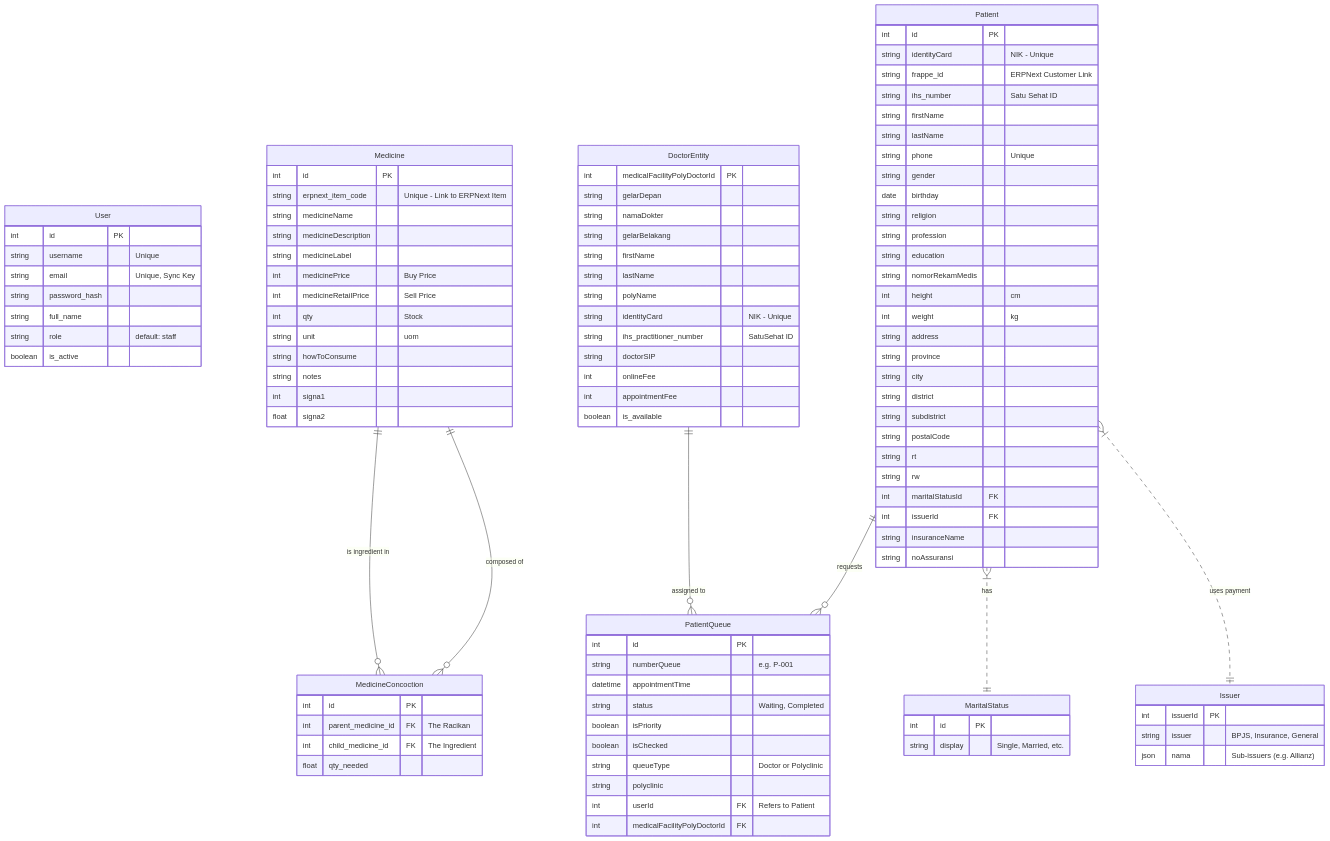
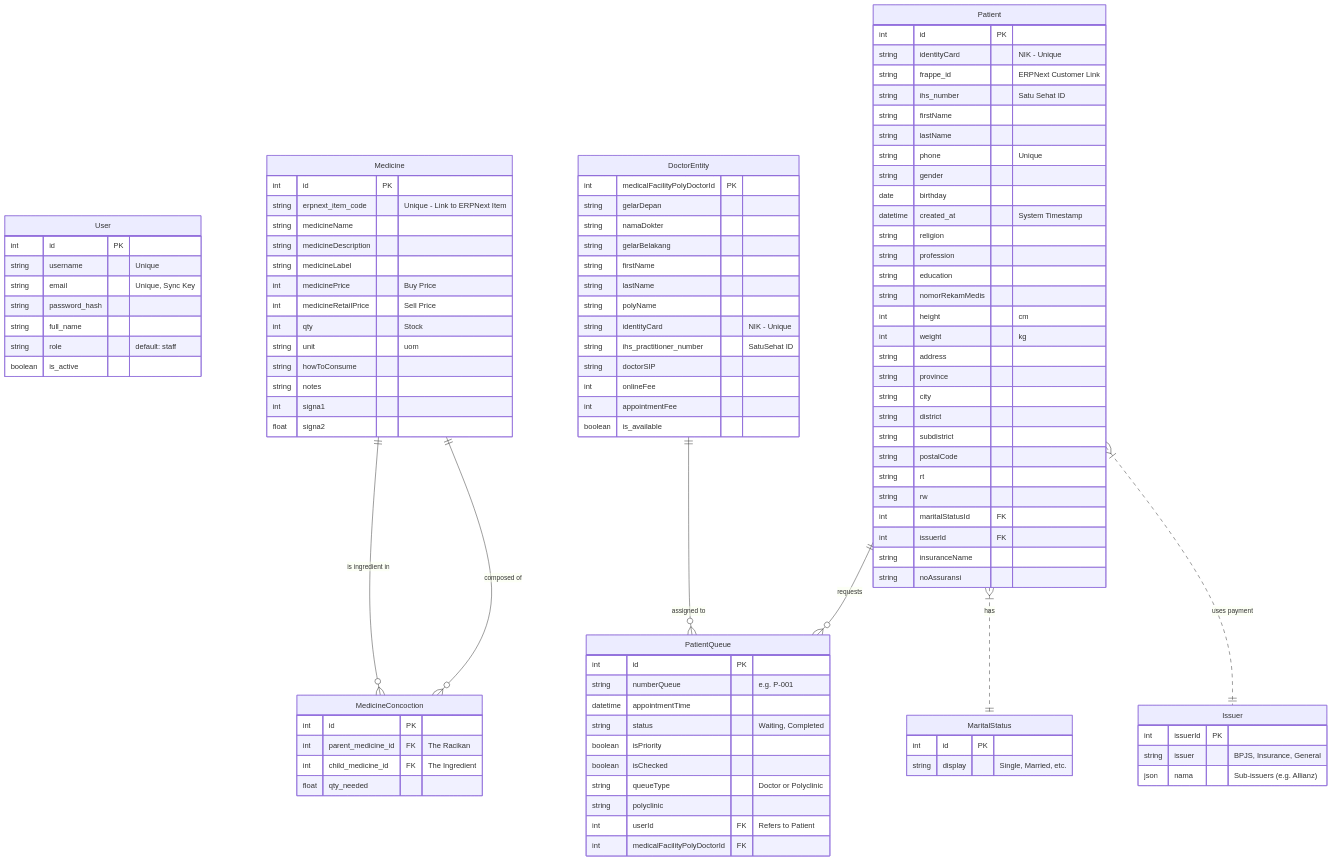
Before and after one commit to giangawatsu016/Klinik_FrontDesk: the diagram in docs/ERD_Klinik Admin.md, drawn with Mermaid. The commit also changed 37 other files, not shown here.

```diff
--- a/docs/ERD_Klinik Admin.md
+++ b/docs/ERD_Klinik Admin.md
@@ -81,6 +81,7 @@
         string phone "Unique"
         string gender
         date birthday
+        datetime created_at "System Timestamp"
         string religion
         string profession
         string education
```
